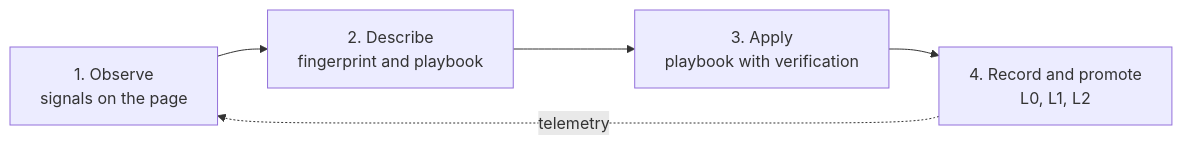
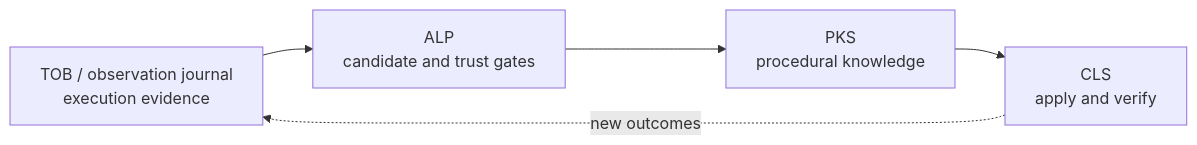
One commit to joelaniol/nova changed the diagram in docs/core-features/pks.md. Above: the diagram before and after it, drawn with Mermaid. The commit also changed other lines of this file and 3 other files, not shown here.

Commit message:
docs: explain the PKS ALP TOB CLS learning loop through examples

````diff
--- a/docs/core-features/pks.md
+++ b/docs/core-features/pks.md
@@ -20,7 +64,7 @@
 ```mermaid
 flowchart LR
-    Perceive["1. Observe<br/>signals on the page"] --> Abstract["2. Describe<br/>fingerprint and playbook"]
-    Abstract --> Execute["3. Apply<br/>playbook with verification"]
-    Execute --> Persist["4. Record and promote<br/>L0, L1, L2"]
-    Persist -. telemetry .-> Perceive
+    Evidence["TOB / observation journal<br/>execution evidence"] --> Learning["ALP<br/>candidate and trust gates"]
+    Learning --> Knowledge["PKS<br/>procedural knowledge"]
+    Knowledge --> Apply["CLS<br/>apply and verify"]
+    Apply -. new outcomes .-> Evidence
 ```
````
